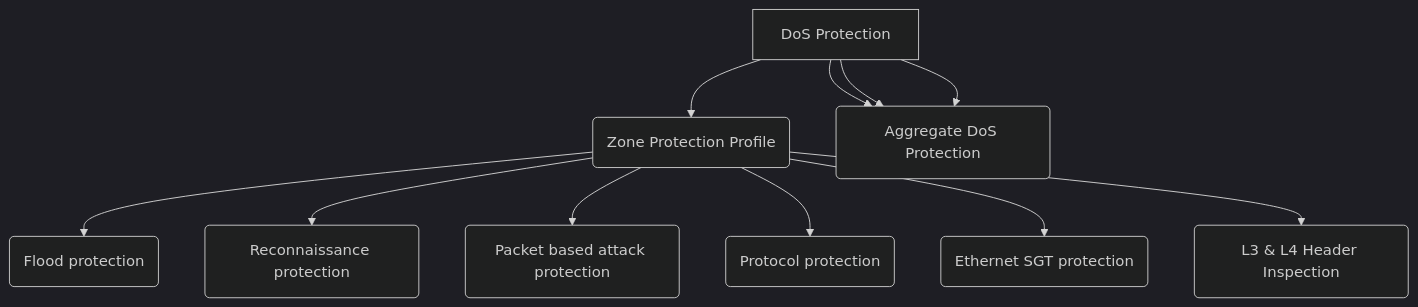
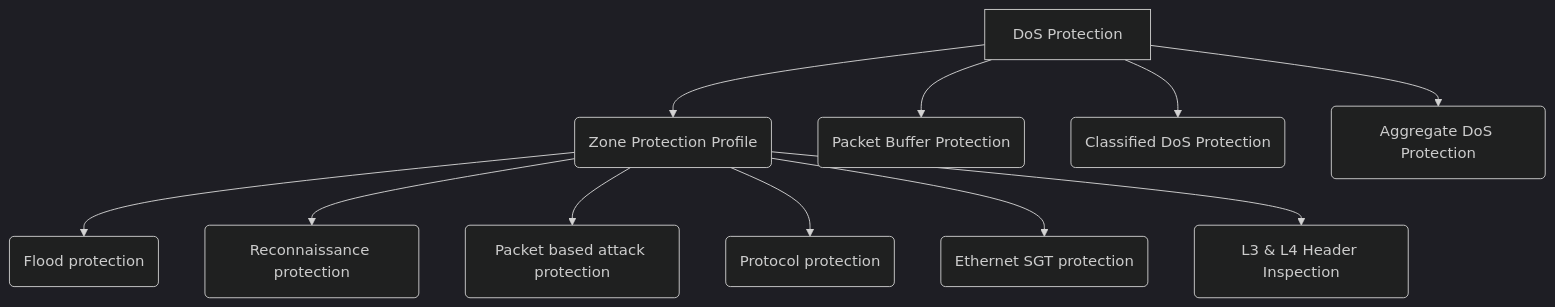
One commit to vault27/Foundation changed the first of 2 diagrams in paloalto.md. Above: the diagram before and after it, drawn with Mermaid (dark theme).

````diff
--- a/paloalto.md
+++ b/paloalto.md
@@ -381,13 +381,13 @@
 ```mermaid
   graph TB
 A[DoS Protection] -->B(Zone Protection Profile)
 A[DoS Protection] -->F(Packet Buffer Protection)
-A[DoS Protection] -->F(Classified DoS Protection)
-A[DoS Protection] -->F(Aggregate DoS Protection)
+A[DoS Protection] -->X(Classified DoS Protection)
+A[DoS Protection] -->V(Aggregate DoS Protection)
     B --> C(Flood protection)
     B --> D(Reconnaissance protection)
     B --> E(Packet based attack protection)
     B --> K(Protocol protection)
     B --> I(Ethernet SGT protection)
     B --> L(L3 & L4 Header Inspection)
 ```
````
